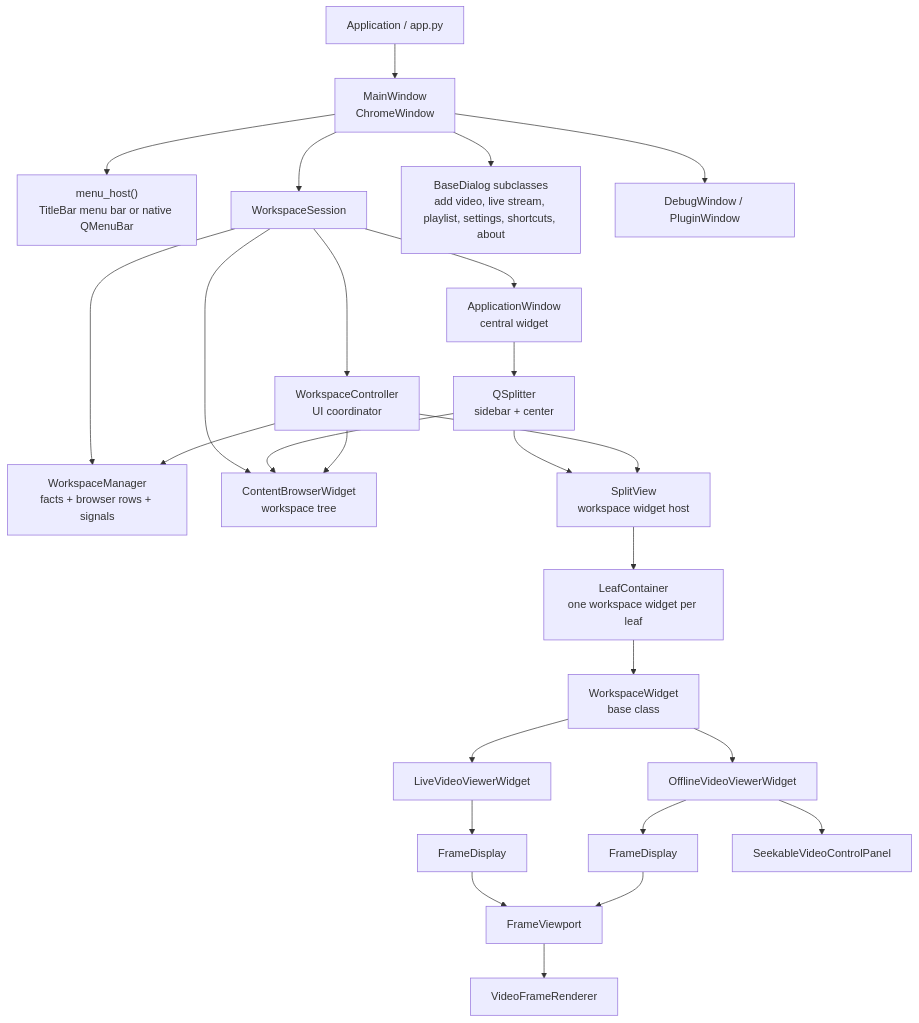
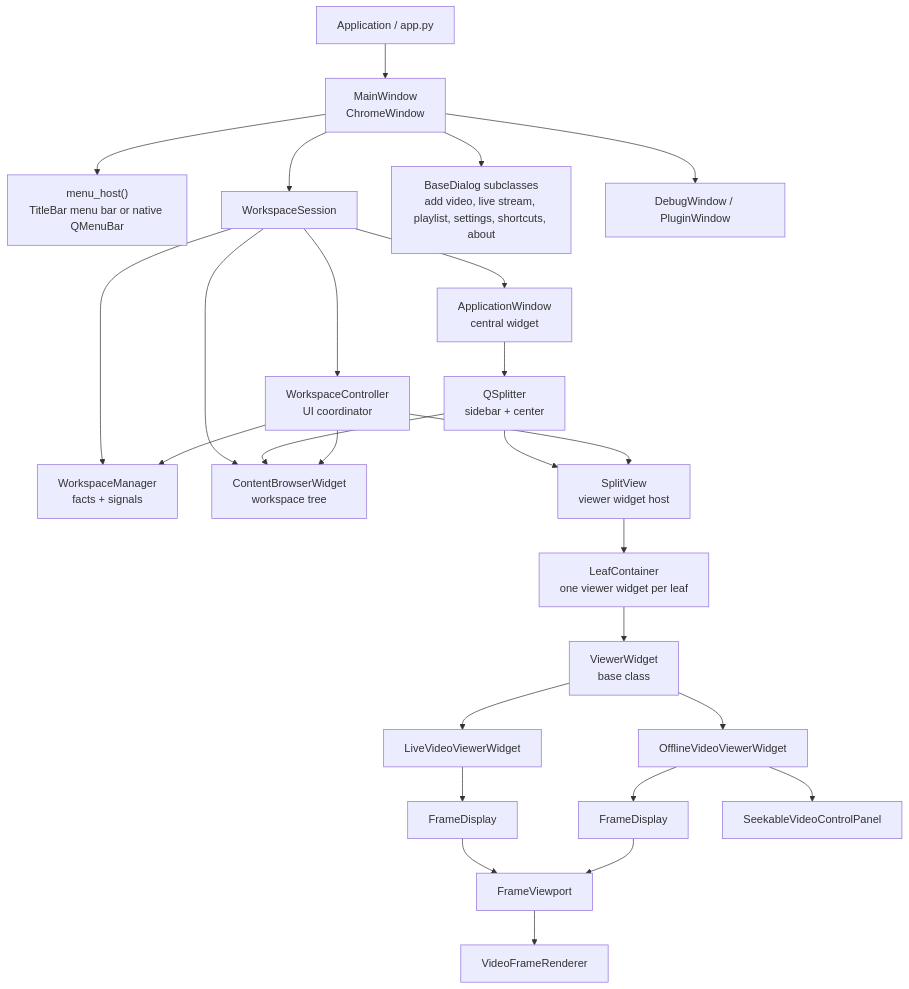
Before and after one commit to RasmusRynell/ax-devil: the first of 3 diagrams in docs/architecture/ui-framework.md, drawn with Mermaid. The commit also changed other lines of this file and 121 other files, not shown here.

First line of the commit message:
refactor(workspace): split into core and ui packages

````diff
--- a/docs/architecture/ui-framework.md
+++ b/docs/architecture/ui-framework.md
@@ -7,33 +7,33 @@
 ```mermaid
 flowchart TD
     App["Application / app.py"] --> MainWindow["MainWindow<br/>ChromeWindow"]
     MainWindow --> MenuHost["menu_host()<br/>TitleBar menu bar or native QMenuBar"]
     MainWindow --> WorkspaceSession["WorkspaceSession"]
     MainWindow --> Dialogs["BaseDialog subclasses<br/>add video, live stream, playlist, settings, shortcuts, about"]
     MainWindow --> DebugWindows["DebugWindow / PluginWindow"]
 
-    WorkspaceSession --> WorkspaceManager["WorkspaceManager<br/>facts + browser rows + signals"]
+    WorkspaceSession --> WorkspaceManager["WorkspaceManager<br/>facts + signals"]
     WorkspaceSession --> ApplicationWindow["ApplicationWindow<br/>central widget"]
     WorkspaceSession --> WorkspaceController["WorkspaceController<br/>UI coordinator"]
     WorkspaceSession --> ContentBrowser["ContentBrowserWidget<br/>workspace tree"]
 
     ApplicationWindow --> HorizontalSplitter["QSplitter<br/>sidebar + center"]
     HorizontalSplitter --> ContentBrowser
-    HorizontalSplitter --> SplitView["SplitView<br/>workspace widget host"]
+    HorizontalSplitter --> SplitView["SplitView<br/>viewer widget host"]
 
     WorkspaceController --> SplitView
     WorkspaceController --> WorkspaceManager
     WorkspaceController --> ContentBrowser
 
-    SplitView --> LeafContainer["LeafContainer<br/>one workspace widget per leaf"]
-    LeafContainer --> WorkspaceWidget["WorkspaceWidget<br/>base class"]
-    WorkspaceWidget --> LiveViewer["LiveVideoViewerWidget"]
-    WorkspaceWidget --> OfflineViewer["OfflineVideoViewerWidget"]
+    SplitView --> LeafContainer["LeafContainer<br/>one viewer widget per leaf"]
+    LeafContainer --> ViewerWidget["ViewerWidget<br/>base class"]
+    ViewerWidget --> LiveViewer["LiveVideoViewerWidget"]
+    ViewerWidget --> OfflineViewer["OfflineVideoViewerWidget"]
 
     LiveViewer --> LiveDisplay["FrameDisplay"]
     OfflineViewer --> OfflineDisplay["FrameDisplay"]
     OfflineViewer --> SeekControls["SeekableVideoControlPanel"]
     LiveDisplay --> FrameViewport
     OfflineDisplay --> FrameViewport
     FrameViewport --> Renderer["VideoFrameRenderer"]
 ```
````
